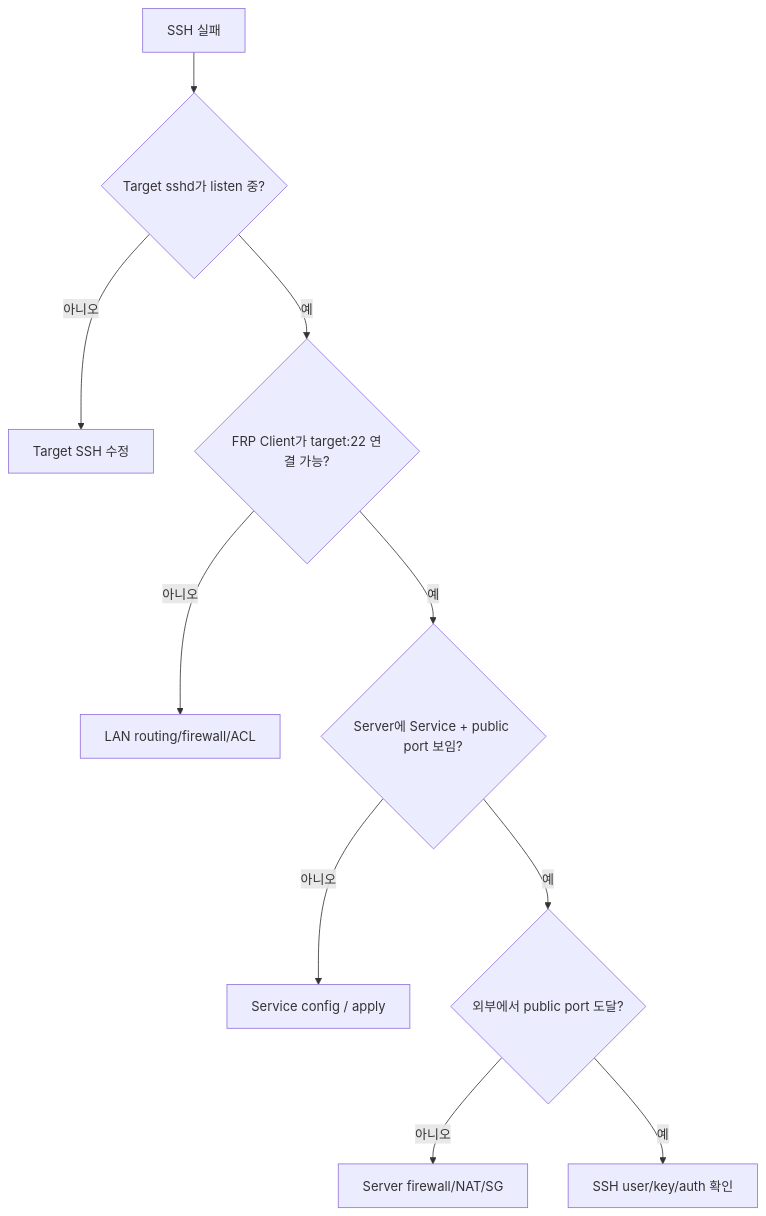
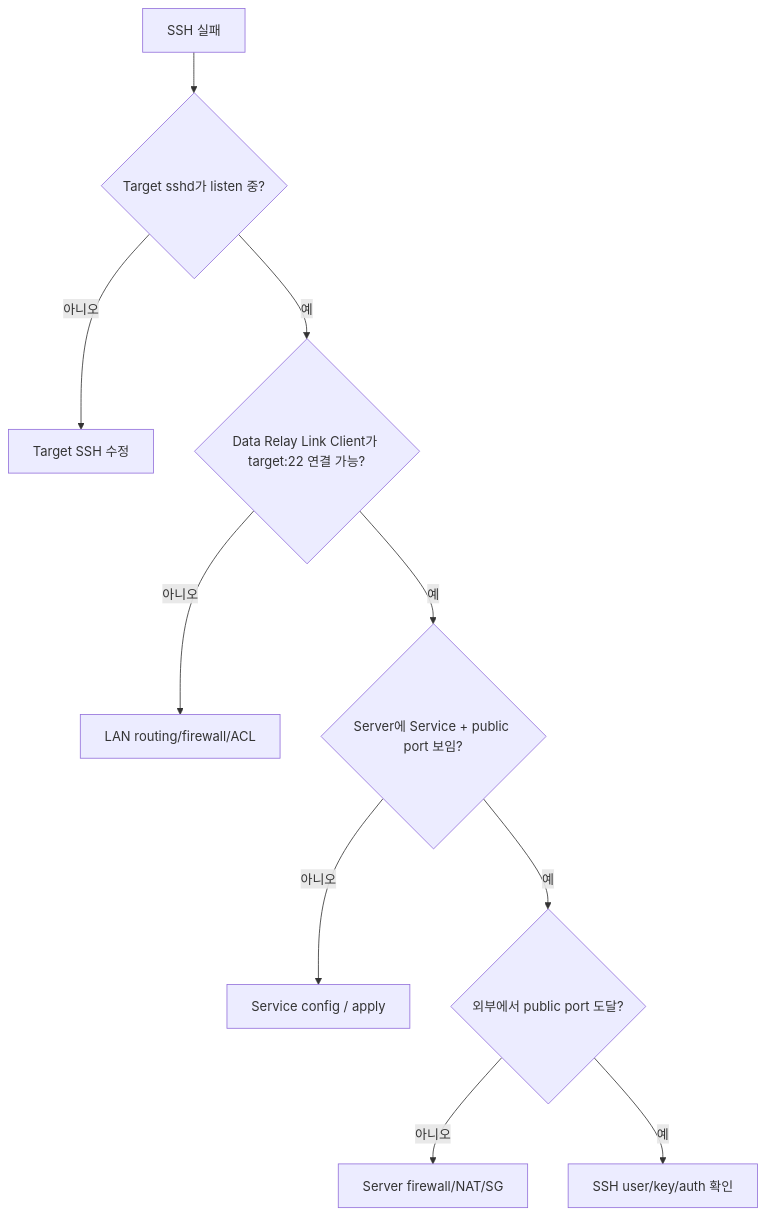
One commit to datarelay-labs/data-relay-link-docs changed the third of 3 diagrams in ko/guides/ssh.mdx. Above: the diagram before and after it, drawn with Mermaid. The commit also changed other lines of this file and 32 other files, not shown here.

````diff
--- a/ko/guides/ssh.mdx
+++ b/ko/guides/ssh.mdx
@@ -55,12 +55,12 @@
 ```mermaid
 flowchart TD
     A[SSH 실패] --> B{Target sshd가 listen 중?}
     B -->|아니오| C[Target SSH 수정]
-    B -->|예| D{FRP Client가 target:22 연결 가능?}
+    B -->|예| D{Data Relay Link Client가 target:22 연결 가능?}
     D -->|아니오| E[LAN routing/firewall/ACL]
     D -->|예| F{Server에 Service + public port 보임?}
     F -->|아니오| G[Service config / apply]
     F -->|예| H{외부에서 public port 도달?}
     H -->|아니오| I[Server firewall/NAT/SG]
     H -->|예| J[SSH user/key/auth 확인]
 ```
````
